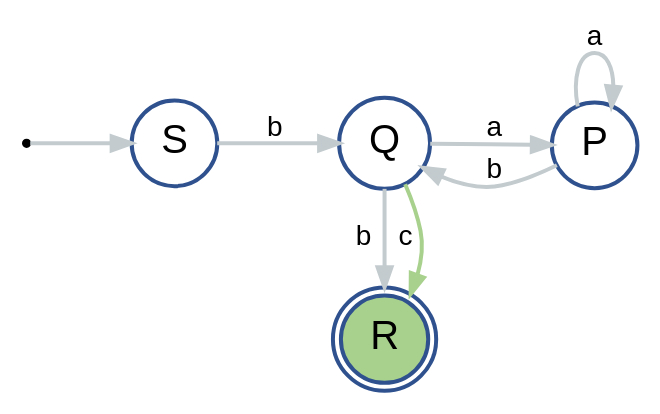
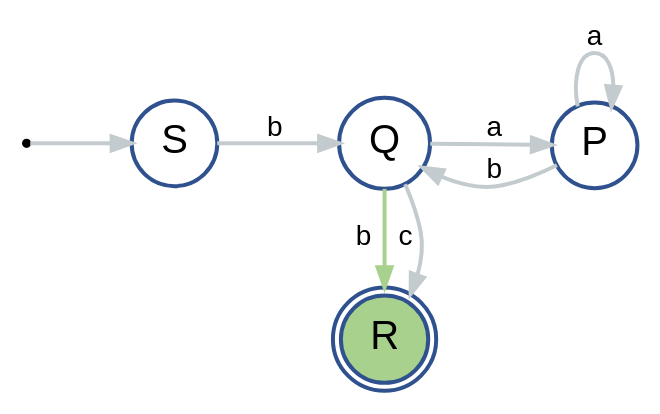
One commit to rosedth/FSM-Adaptable changed the diagram in adaptable-fsm/FSM.dot. Above: the diagram before and after it, drawn with Graphviz. The commit also changed 1 other file, not shown here.

```diff
--- a/adaptable-fsm/FSM.dot
+++ b/adaptable-fsm/FSM.dot
@@ -1,69 +1,69 @@
 digraph G {
 
   graph [
     forcelabels=true;
     bgcolor = white,
     fontsize = 20,
     style = "filled",
     rankdir = LR,
     overlap = false;
     splines = true,
     ranksep = 0.7,
     nodesep = 0.35,
   ];
   
   node [
     style = "solid,bold,filled",
     fontsize = 20,
     shape=circle,
     fontname = "Arial",
     color = "#2f528f",
     fillcolor=white,
   ];
   
   edge [
     style = "solid,bold",
     fontsize = 14,
     fontcolor = black,
     fontname = "Arial",
     color = "#c3cbcf",
     labelfloat = false,
     labeldistance = 0.5,
     labelangle = 90
     arrowhead = normal
   ];
   
 
   # NODES
 
   o [style=solid,color=black,fillcolor=black,shape=point];
 
   P;
 
   Q;
 
   R[shape = doublecircle,fillcolor="#a9d18e"];
 
   S;
 
   # TRANSITIONS
 
   o -> S;
 
-  P -> P [label = a];
+  S -> Q [label = b];
 
   Q -> P [label = a];
 
+  P -> P [label = a];
+
   P -> Q [label = b];
-
-  S -> Q [label = b];
 
   {rank=same
 
-  Q -> R [color="#a9d18e",label = c];
+  Q -> R [label = c];
 
-  Q -> R [label = b];
+  Q -> R [color="#a9d18e",label = b];
 
   }
 
 }
```
